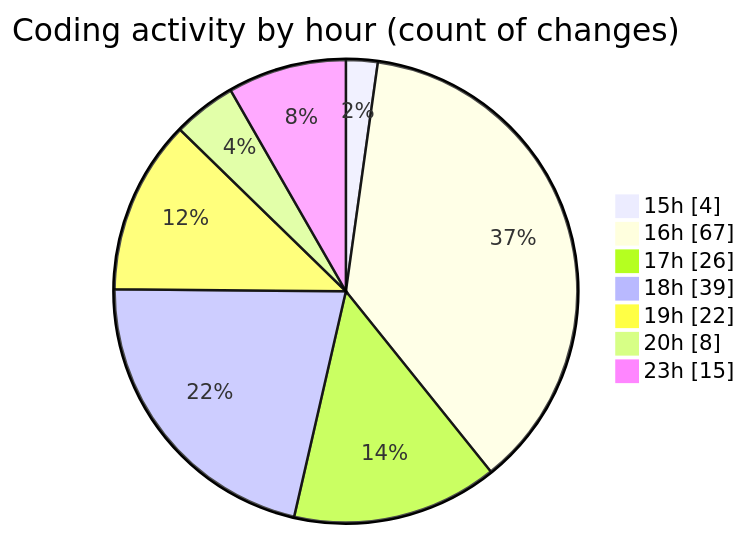
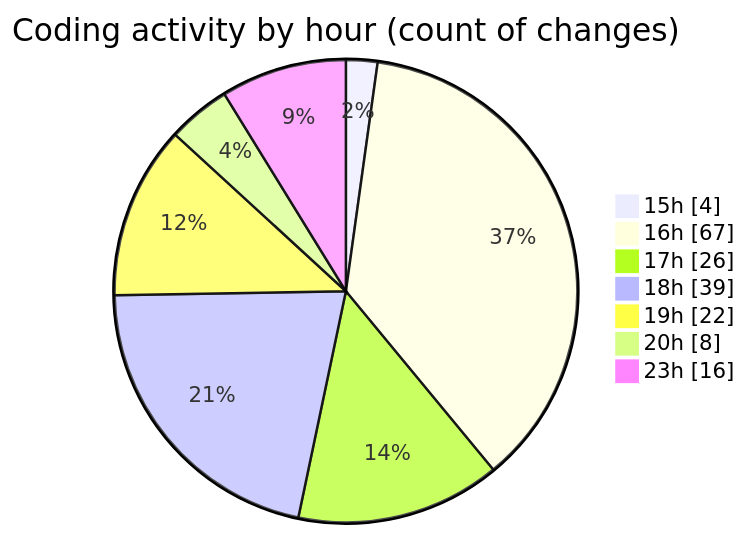
Before and after one commit to Ritupan-Deka/code-tracking: the second of 2 diagrams in 2025-05-26/zip_file/README.md, drawn with Mermaid. The commit also changed other lines of this file and 1 other file, not shown here.

````diff
--- a/2025-05-26/zip_file/README.md
+++ b/2025-05-26/zip_file/README.md
@@ -46,11 +47,11 @@
 ```mermaid
 pie showData
 title Coding activity by hour (count of changes)
 "15h" : 4
 "16h" : 67
 "17h" : 26
 "18h" : 39
 "19h" : 22
 "20h" : 8
-"23h" : 15
+"23h" : 16
 ```
````
